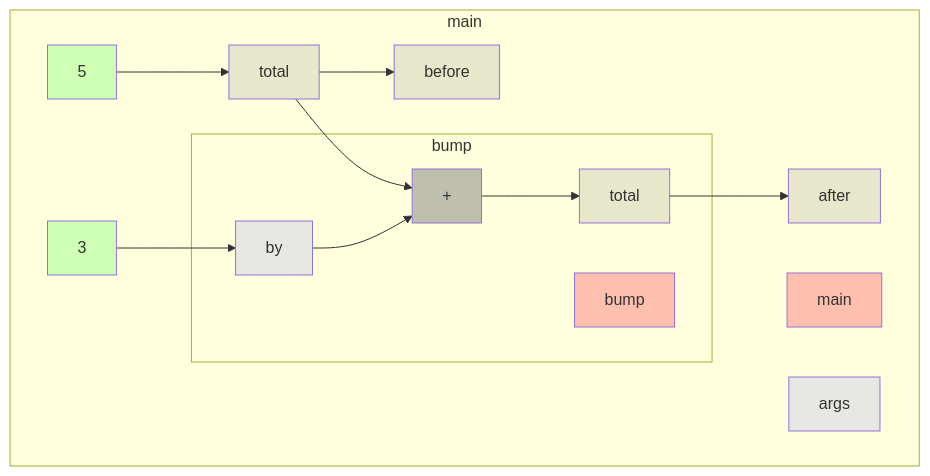
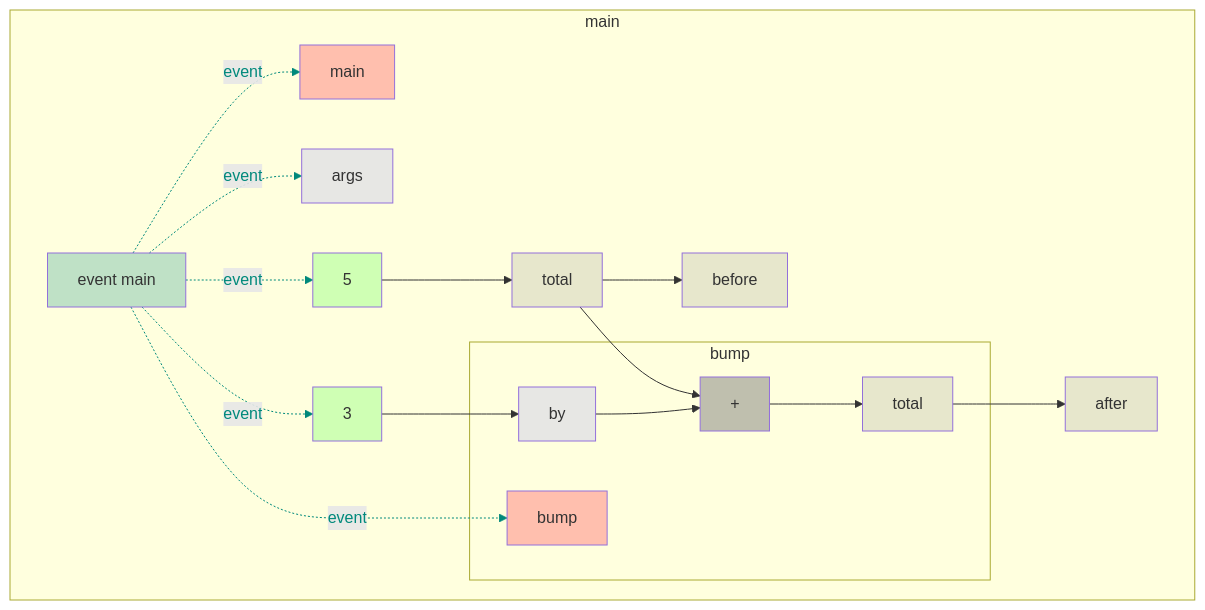
The diagram in app/src/test/resources/staticField/snapshot.md (gstiebler/codeflow), drawn with Mermaid before and after one commit. The commit also changed 77 other files, not shown here.

````diff
--- a/app/src/test/resources/staticField/snapshot.md
+++ b/app/src/test/resources/staticField/snapshot.md
@@ -1,32 +1,44 @@
 ```mermaid
 flowchart TD
   subgraph b0["main"]
-    n1[main]:::RETURN
-    n2[args]:::FUNC_PARAM
-    n3[5]:::LITERAL
-    n4[total]:::VARIABLE
-    n5[before]:::VARIABLE
-    n6[3]:::LITERAL
-    n12[after]:::VARIABLE
-    n3[5]:::LITERAL --> n4[total]:::VARIABLE
-    n4[total]:::VARIABLE --> n5[before]:::VARIABLE
-    n4[total]:::VARIABLE --> n10[+]:::BIN_OP
-    n6[3]:::LITERAL --> n9[by]:::FUNC_PARAM
-    n11[total]:::VARIABLE --> n12[after]:::VARIABLE
-    subgraph b7["bump"]
-      n8[bump]:::RETURN
-      n9[by]:::FUNC_PARAM
-      n10[+]:::BIN_OP
-      n11[total]:::VARIABLE
-      n9[by]:::FUNC_PARAM --> n10[+]:::BIN_OP
-      n10[+]:::BIN_OP --> n11[total]:::VARIABLE
+    n1[event main]:::EVENT
+    n2[main]:::RETURN
+    n3[args]:::FUNC_PARAM
+    n4[5]:::LITERAL
+    n5[total]:::VARIABLE
+    n6[before]:::VARIABLE
+    n7[3]:::LITERAL
+    n13[after]:::VARIABLE
+    n1[event main]:::EVENT -. event .-> n2[main]:::RETURN
+    n1[event main]:::EVENT -. event .-> n3[args]:::FUNC_PARAM
+    n1[event main]:::EVENT -. event .-> n4[5]:::LITERAL
+    n1[event main]:::EVENT -. event .-> n7[3]:::LITERAL
+    n1[event main]:::EVENT -. event .-> n9[bump]:::RETURN
+    n4[5]:::LITERAL --> n5[total]:::VARIABLE
+    n5[total]:::VARIABLE --> n6[before]:::VARIABLE
+    n5[total]:::VARIABLE --> n11[+]:::BIN_OP
+    n7[3]:::LITERAL --> n10[by]:::FUNC_PARAM
+    n12[total]:::VARIABLE --> n13[after]:::VARIABLE
+    subgraph b8["bump"]
+      n9[bump]:::RETURN
+      n10[by]:::FUNC_PARAM
+      n11[+]:::BIN_OP
+      n12[total]:::VARIABLE
+      n10[by]:::FUNC_PARAM --> n11[+]:::BIN_OP
+      n11[+]:::BIN_OP --> n12[total]:::VARIABLE
     end
   end
+  linkStyle 0 stroke:#00897b,color:#00897b
+  linkStyle 1 stroke:#00897b,color:#00897b
+  linkStyle 2 stroke:#00897b,color:#00897b
+  linkStyle 3 stroke:#00897b,color:#00897b
+  linkStyle 4 stroke:#00897b,color:#00897b
   classDef LITERAL fill:#00FF0030
   classDef VARIABLE fill:#80808030
   classDef BIN_OP fill:#80808080
   classDef FUNC_PARAM fill:#8080FF30
   classDef RETURN fill:#FF808080
   classDef EXTERNAL fill:#FFA50040
   classDef UNMODELLED fill:#FF000030,stroke-dasharray: 4 2
+  classDef EVENT fill:#00897B40
 ```
````
